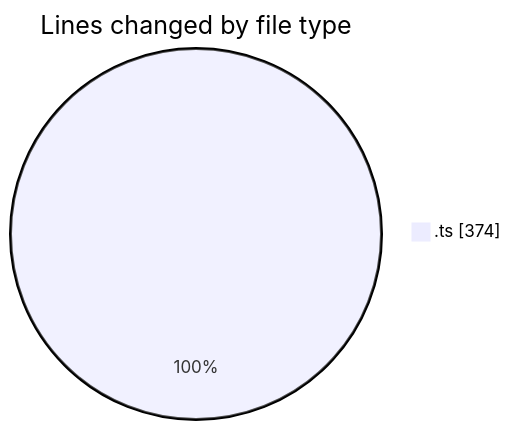
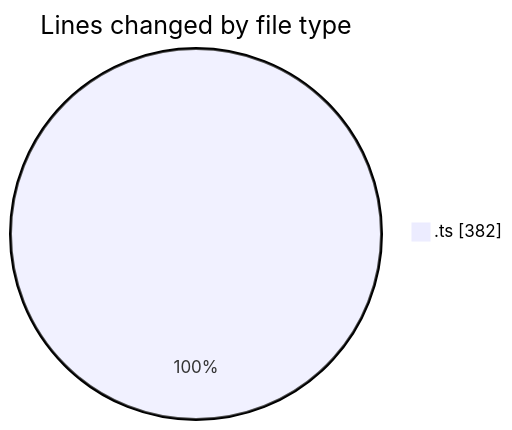
The first of 2 diagrams in 2026-03-31/cinema/README.md (igalym/code-tracking), drawn with Mermaid before and after one commit. The commit also changed other lines of this file and 1 other file, not shown here.

````diff
--- a/2026-03-31/cinema/README.md
+++ b/2026-03-31/cinema/README.md
@@ -36,5 +37,5 @@
 ```mermaid
 pie showData
 title Lines changed by file type
-".ts" : 374
+".ts" : 382
 ```
````
